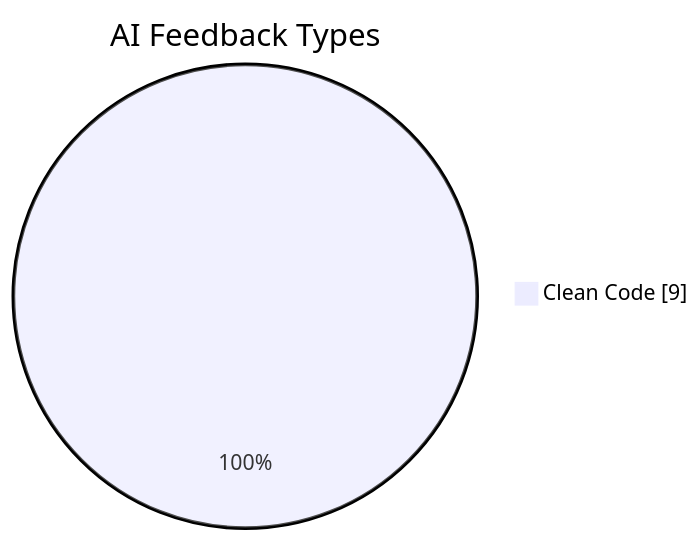
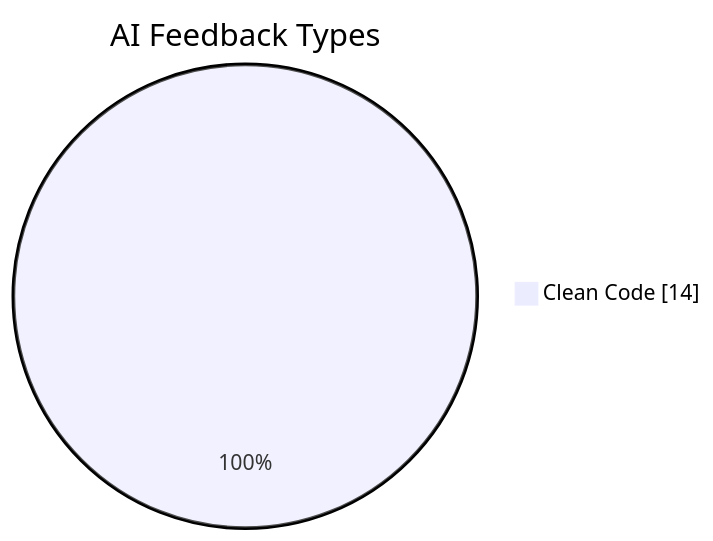
Before and after one commit to JakubPawinski/gitcode-solutions: the fourth of 6 diagrams in README.md, drawn with Mermaid. The commit also changed other lines of this file, not shown here.

````diff
--- a/README.md
+++ b/README.md
@@ -165,5 +165,5 @@
 ```mermaid
 pie showData
     title AI Feedback Types
-    "Clean Code" : 9
+    "Clean Code" : 14
 ```
````
